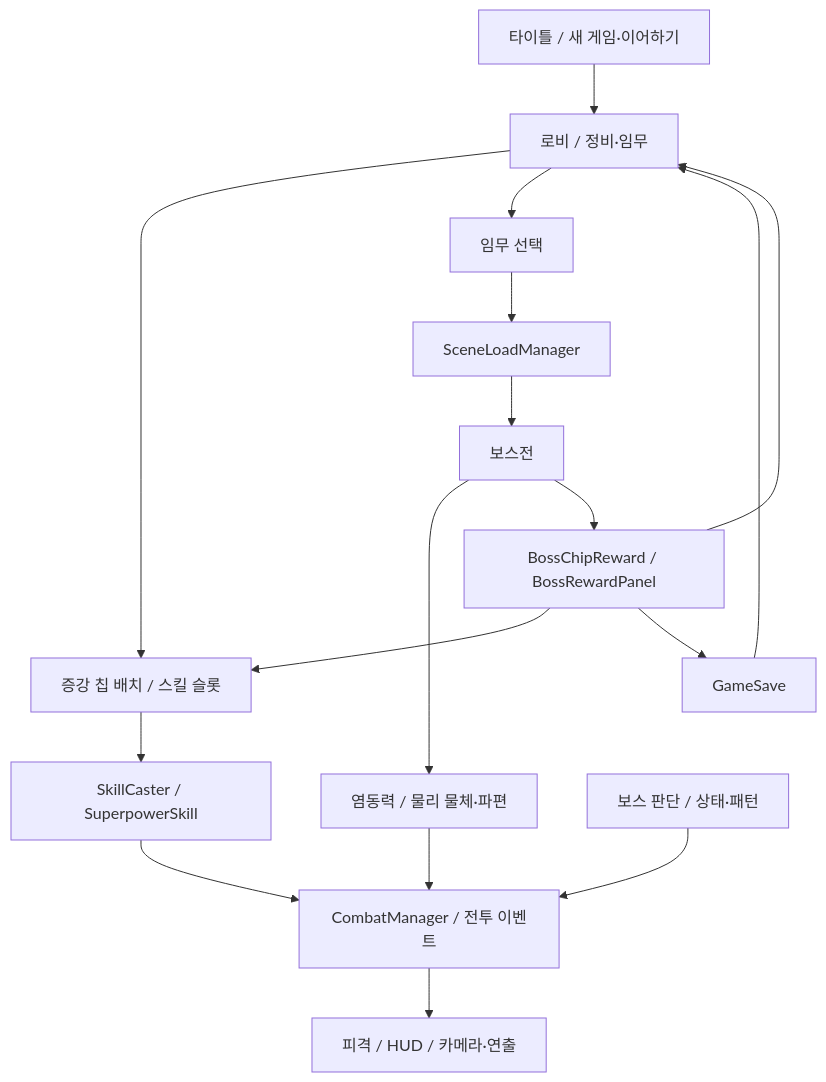
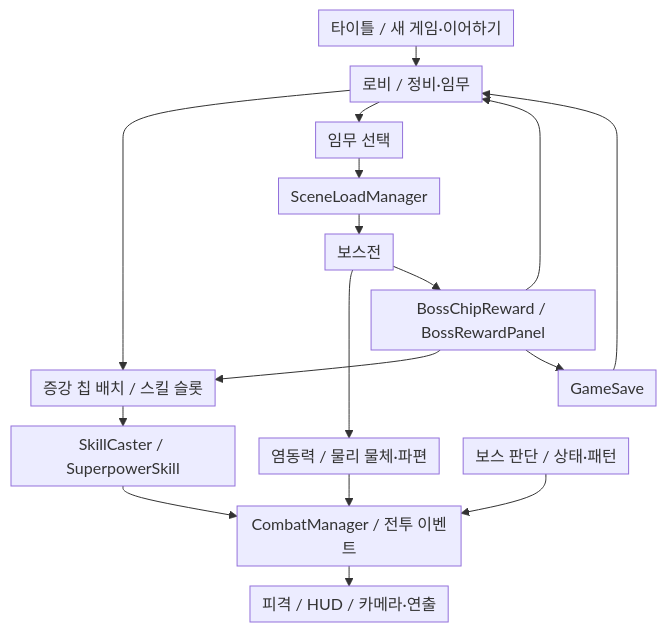
The first of 9 diagrams in src/4-ODDITY/TechDoc_ODDITY.md (keeeery/portfolio), drawn with Mermaid before and after one commit. The commit also changed other lines of this file and 11 other files, not shown here.

Commit message:
기술 문서 다이어그램 정리: 세로 배치·복귀 상태 분리, Folk Sack 구조도 지형 연결 맞추기, 주요 패키지 바로잡기

````diff
--- a/src/4-ODDITY/TechDoc_ODDITY.md
+++ b/src/4-ODDITY/TechDoc_ODDITY.md
@@ -80,19 +80,20 @@
 ```mermaid
+%%{init: {"flowchart": {"rankSpacing": 20, "nodeSpacing": 24, "padding": 6}}}%%
 flowchart TB
     Title[타이틀 / 새 게임·이어하기] --> Lobby[로비 / 정비·임무]
-    Save[GameSave] --> Lobby
     Lobby --> Chips[증강 칩 배치 / 스킬 슬롯]
     Lobby --> Mission[임무 선택]
     Mission --> Scene[SceneLoadManager]
     Scene --> Battle[보스전]
     Chips --> Skills[SkillCaster / SuperpowerSkill]
     Battle --> Psy[염동력 / 물리 물체·파편]
     Skills --> Combat[CombatManager / 전투 이벤트]
     Psy --> Combat
     Boss[보스 판단 / 상태·패턴] --> Combat
     Combat --> Feedback[피격 / HUD / 카메라·연출]
     Battle --> Reward[BossChipReward / BossRewardPanel]
     Reward --> Chips
-    Reward --> Save
     Reward --> Lobby
+    Reward --> Save[GameSave]
+    Save --> Lobby
 ```
````
